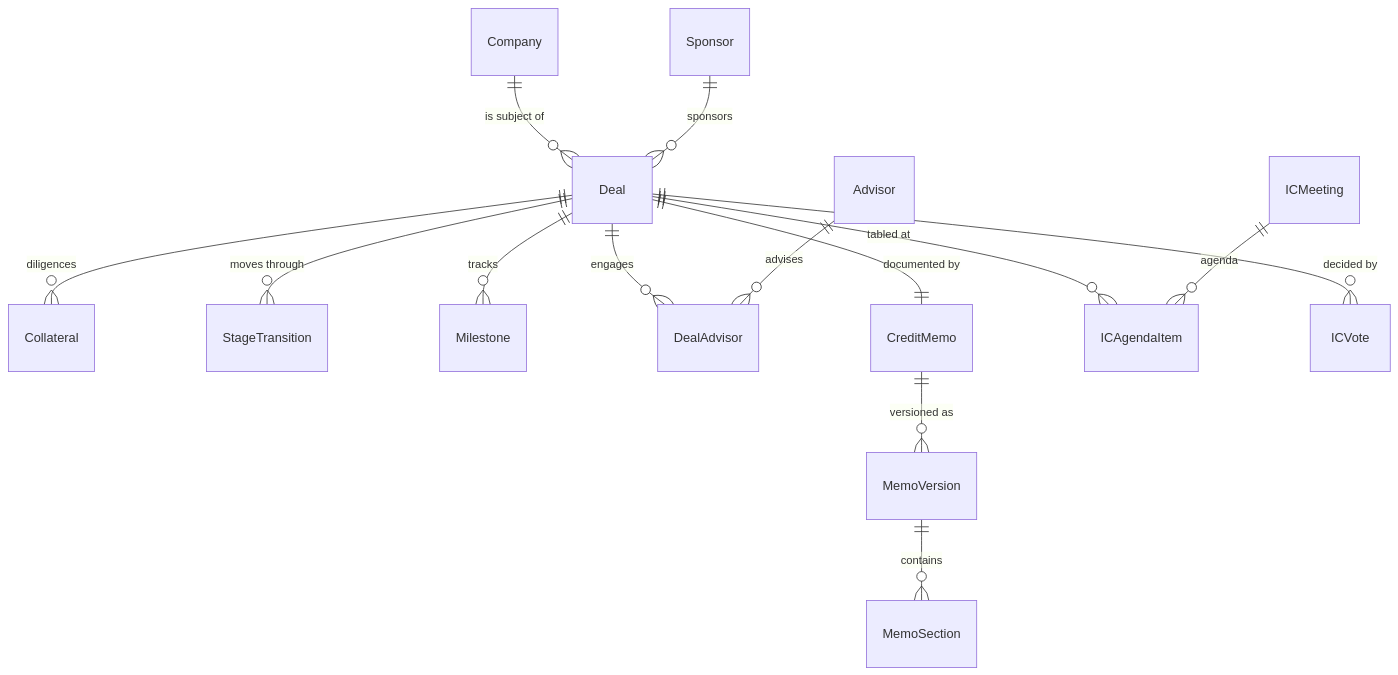
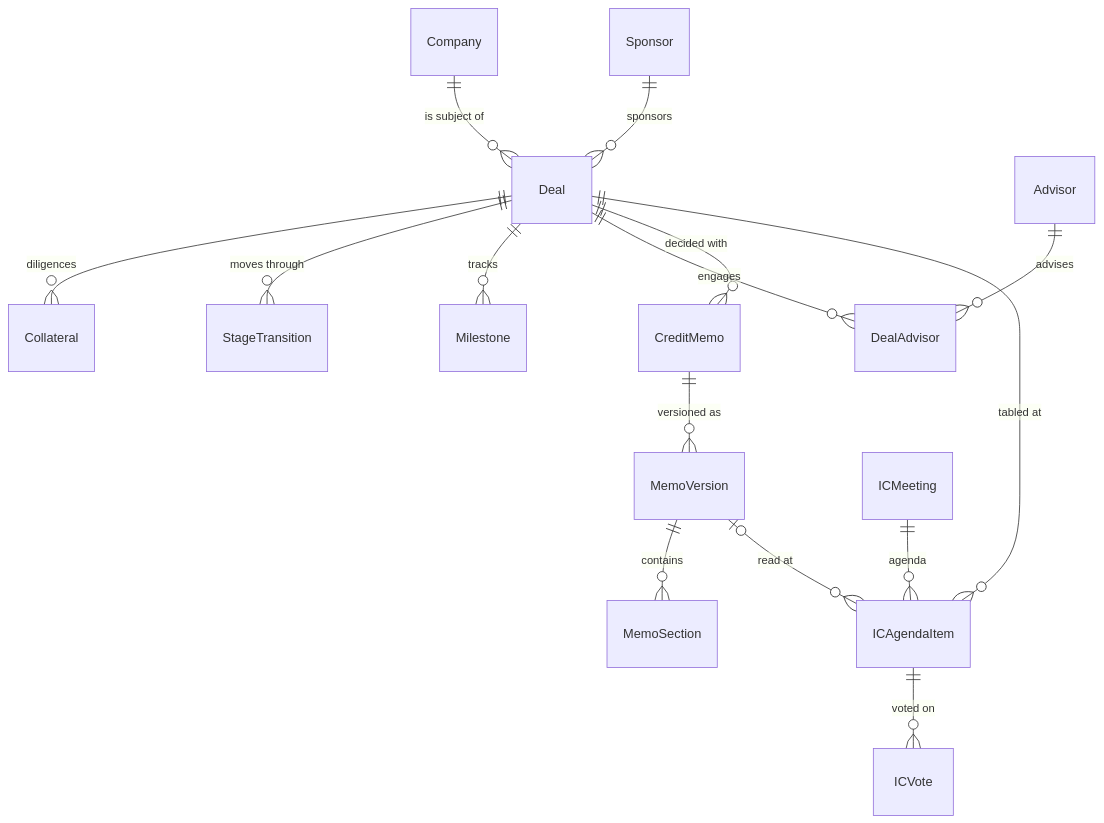
One commit to nighthawk6389/pvt-credit-poc changed the second of 7 diagrams in docs/data-model/README.md. Above: the diagram before and after it, drawn with Mermaid. The commit also changed other lines of this file and 7 other files, not shown here.

````diff
--- a/docs/data-model/README.md
+++ b/docs/data-model/README.md
@@ -148,16 +149,17 @@
 ```mermaid
 erDiagram
   Company ||--o{ Deal : "is subject of"
   Sponsor ||--o{ Deal : "sponsors"
   Deal ||--o{ Collateral : "diligences"
   Deal ||--o{ StageTransition : "moves through"
   Deal ||--o{ Milestone : "tracks"
   Deal ||--o{ DealAdvisor : "engages"
   Advisor ||--o{ DealAdvisor : "advises"
-  Deal ||--|| CreditMemo : "documented by"
+  Deal ||--o{ CreditMemo : "decided with"
   CreditMemo ||--o{ MemoVersion : "versioned as"
   MemoVersion ||--o{ MemoSection : "contains"
   Deal ||--o{ ICAgendaItem : "tabled at"
   ICMeeting ||--o{ ICAgendaItem : "agenda"
-  Deal ||--o{ ICVote : "decided by"
+  ICAgendaItem ||--o{ ICVote : "voted on"
+  MemoVersion |o--o{ ICAgendaItem : "read at"
 ```
````
